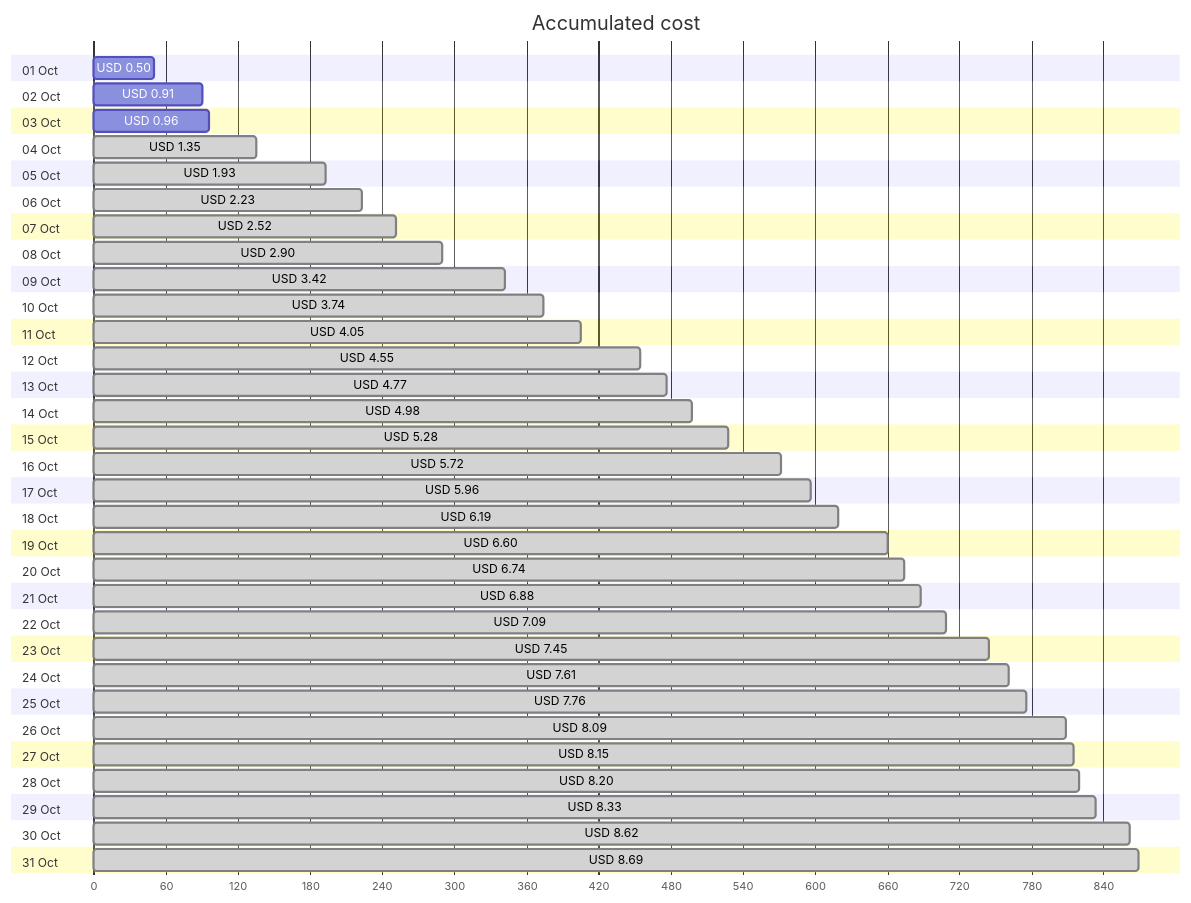
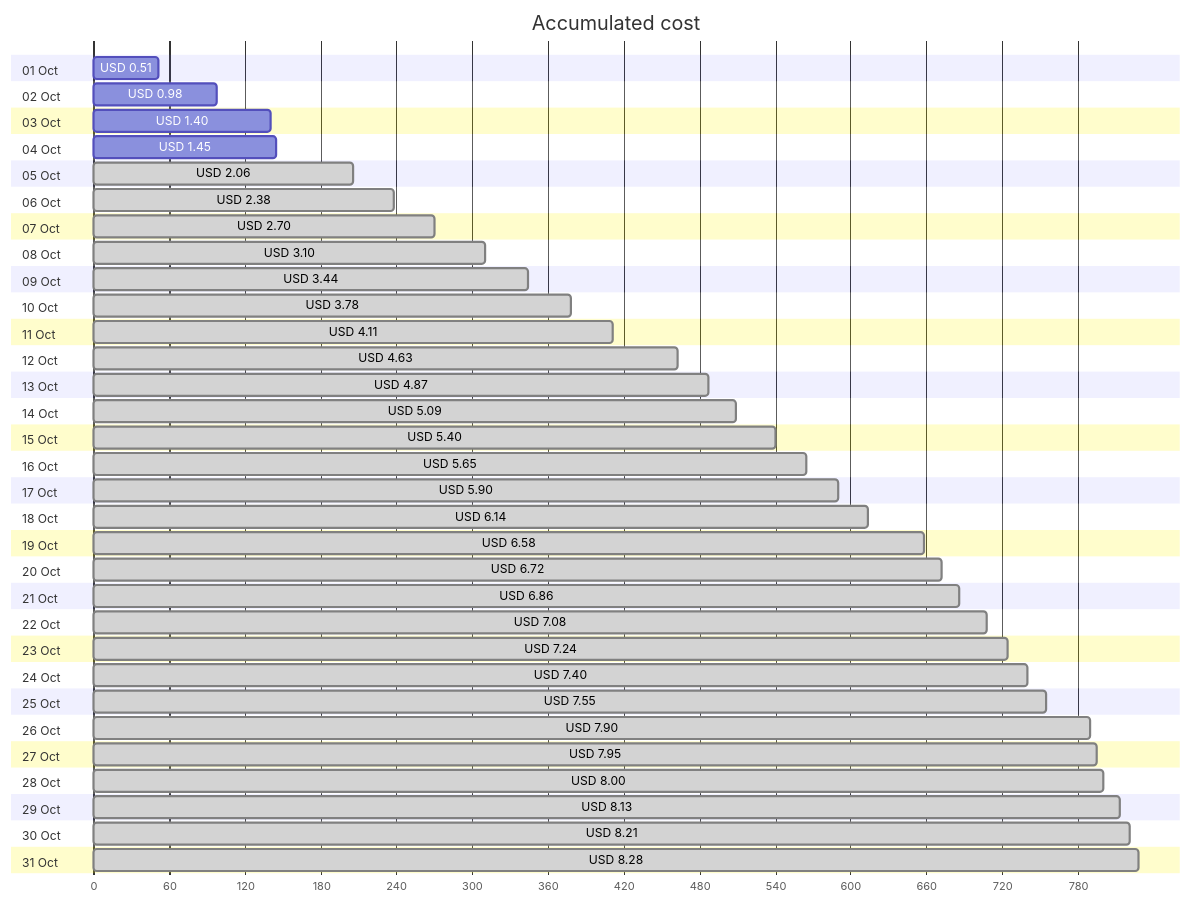
Before and after one commit to jpfulton/azure-personal-reports: the first of 4 diagrams in cost-reports/personal-network/vpn-server.md, drawn with Mermaid. The commit also changed other lines of this file and 8 other files, not shown here.

````diff
--- a/cost-reports/personal-network/vpn-server.md
+++ b/cost-reports/personal-network/vpn-server.md
@@ -20,68 +20,68 @@
 ```mermaid
 gantt
    title Accumulated cost
    dateFormat  X
    axisFormat %s
    section 01 Oct
-   USD 0.50 :0, 50
+   USD 0.51 :0, 51
    section 02 Oct
-   USD 0.91 :0, 91
+   USD 0.98 :0, 98
    section 03 Oct
-   USD 0.96 :0, 96
+   USD 1.40 :0, 140
    section 04 Oct
-   USD 1.35 : done, 0, 135
+   USD 1.45 :0, 145
    section 05 Oct
-   USD 1.93 : done, 0, 193
+   USD 2.06 : done, 0, 206
    section 06 Oct
-   USD 2.23 : done, 0, 223
+   USD 2.38 : done, 0, 238
    section 07 Oct
-   USD 2.52 : done, 0, 252
+   USD 2.70 : done, 0, 270
    section 08 Oct
-   USD 2.90 : done, 0, 290
+   USD 3.10 : done, 0, 310
    section 09 Oct
-   USD 3.42 : done, 0, 342
+   USD 3.44 : done, 0, 344
    section 10 Oct
-   USD 3.74 : done, 0, 374
+   USD 3.78 : done, 0, 378
    section 11 Oct
-   USD 4.05 : done, 0, 405
+   USD 4.11 : done, 0, 411
    section 12 Oct
-   USD 4.55 : done, 0, 455
+   USD 4.63 : done, 0, 463
    section 13 Oct
-   USD 4.77 : done, 0, 477
+   USD 4.87 : done, 0, 487
    section 14 Oct
-   USD 4.98 : done, 0, 498
+   USD 5.09 : done, 0, 509
    section 15 Oct
-   USD 5.28 : done, 0, 528
+   USD 5.40 : done, 0, 540
    section 16 Oct
-   USD 5.72 : done, 0, 572
+   USD 5.65 : done, 0, 565
    section 17 Oct
-   USD 5.96 : done, 0, 596
+   USD 5.90 : done, 0, 590
    section 18 Oct
-   USD 6.19 : done, 0, 619
+   USD 6.14 : done, 0, 614
    section 19 Oct
-   USD 6.60 : done, 0, 660
+   USD 6.58 : done, 0, 658
    section 20 Oct
-   USD 6.74 : done, 0, 674
+   USD 6.72 : done, 0, 672
    section 21 Oct
-   USD 6.88 : done, 0, 688
+   USD 6.86 : done, 0, 686
    section 22 Oct
-   USD 7.09 : done, 0, 709
+   USD 7.08 : done, 0, 708
    section 23 Oct
-   USD 7.45 : done, 0, 745
+   USD 7.24 : done, 0, 724
    section 24 Oct
-   USD 7.61 : done, 0, 761
+   USD 7.40 : done, 0, 740
    section 25 Oct
-   USD 7.76 : done, 0, 776
+   USD 7.55 : done, 0, 755
    section 26 Oct
-   USD 8.09 : done, 0, 809
+   USD 7.90 : done, 0, 790
    section 27 Oct
-   USD 8.15 : done, 0, 815
+   USD 7.95 : done, 0, 795
    section 28 Oct
-   USD 8.20 : done, 0, 820
+   USD 8.00 : done, 0, 800
    section 29 Oct
-   USD 8.33 : done, 0, 833
+   USD 8.13 : done, 0, 813
    section 30 Oct
-   USD 8.62 : done, 0, 862
+   USD 8.21 : done, 0, 821
    section 31 Oct
-   USD 8.69 : done, 0, 869
+   USD 8.28 : done, 0, 828
 ```
````
